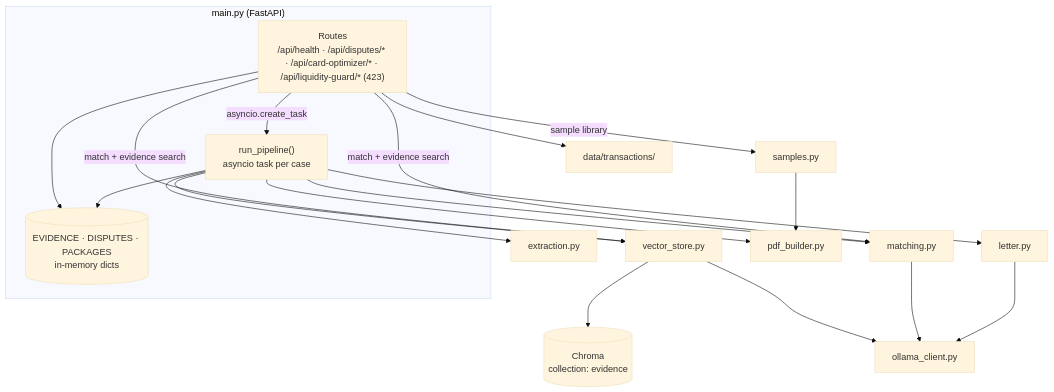
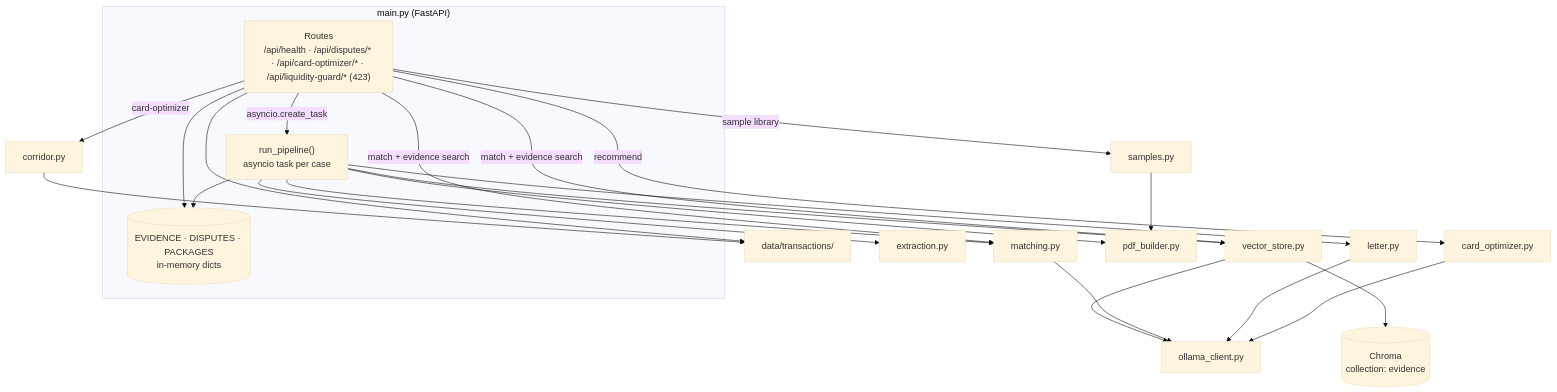
The second of 8 diagrams in docs/ARCHITECTURE.md (rajatrao/payment_intelligence), drawn with Mermaid (base theme) before and after one commit. The commit also changed other lines of this file and 10 other files, not shown here.

First line of the commit message:
Add Card Optimizer module

````diff
--- a/docs/ARCHITECTURE.md
+++ b/docs/ARCHITECTURE.md
@@ -85,32 +87,36 @@
 ```mermaid
 flowchart TB
     subgraph api["main.py (FastAPI)"]
         routes["Routes<br/>/api/health · /api/disputes/* · /api/card-optimizer/* · /api/liquidity-guard/* (423)"]
         pipeline["run_pipeline()<br/>asyncio task per case"]
         store[("EVIDENCE · DISPUTES · PACKAGES<br/>in-memory dicts")]
     end
     data["data/transactions/"]
     samples["samples.py"]
     extraction["extraction.py"]
     matching["matching.py"]
     vstore["vector_store.py"]
     chroma[("Chroma<br/>collection: evidence")]
     letter["letter.py"]
     ollama["ollama_client.py"]
     pdf["pdf_builder.py"]
 
     routes --> data
     routes --> store
     routes -- "asyncio.create_task" --> pipeline
     pipeline --> extraction
     pipeline --> vstore --> ollama
     vstore --> chroma
     pipeline --> matching --> ollama
     pipeline --> letter --> ollama
     pipeline --> pdf
     pipeline --> store
     routes -- "sample library" --> samples
     samples --> pdf
     routes -- "match + evidence search" --> vstore
     routes -- "match + evidence search" --> matching
+    corridor["corridor.py"]
+    optimizer["card_optimizer.py"]
+    routes -- "card-optimizer" --> corridor --> data
+    routes -- "recommend" --> optimizer --> ollama
 ```
````
